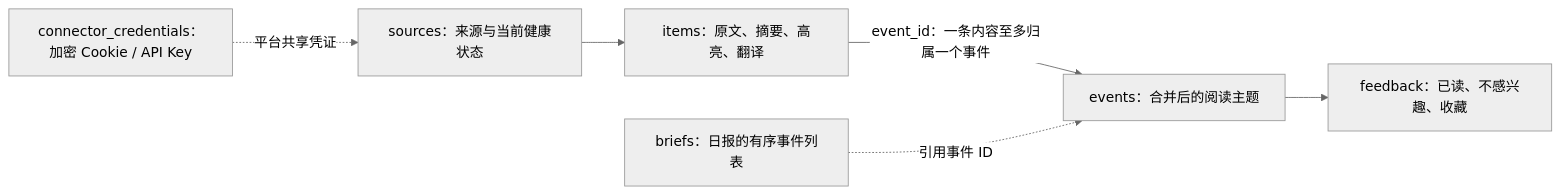
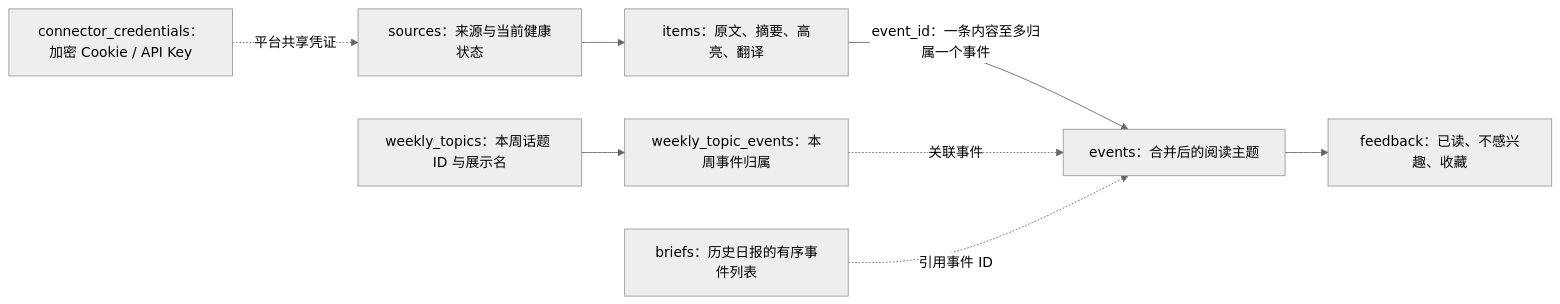
One commit to angelOnly/NewsRssHub changed the fifth of 6 diagrams in docs/PRODUCT_REQUIREMENTS_AND_ARCHITECTURE.md. Above: the diagram before and after it, drawn with Mermaid (neutral theme). The commit also changed other lines of this file and 21 other files, not shown here.

Commit message:
feat: add weekly topics

````diff
--- a/docs/PRODUCT_REQUIREMENTS_AND_ARCHITECTURE.md
+++ b/docs/PRODUCT_REQUIREMENTS_AND_ARCHITECTURE.md
@@ -829,8 +838,10 @@
 ```mermaid
 flowchart LR
     S["sources：来源与当前健康状态"] --> I["items：原文、摘要、高亮、翻译"]
     I -->|"event_id：一条内容至多归属一个事件"| E["events：合并后的阅读主题"]
     E --> F["feedback：已读、不感兴趣、收藏"]
-    B["briefs：日报的有序事件列表"] -. "引用事件 ID" .-> E
+    T["weekly_topics：本周话题 ID 与展示名"] --> R["weekly_topic_events：本周事件归属"]
+    R -. "关联事件" .-> E
+    B["briefs：历史日报的有序事件列表"] -. "引用事件 ID" .-> E
     C["connector_credentials：加密 Cookie / API Key"] -. "平台共享凭证" .-> S
 ```
````
